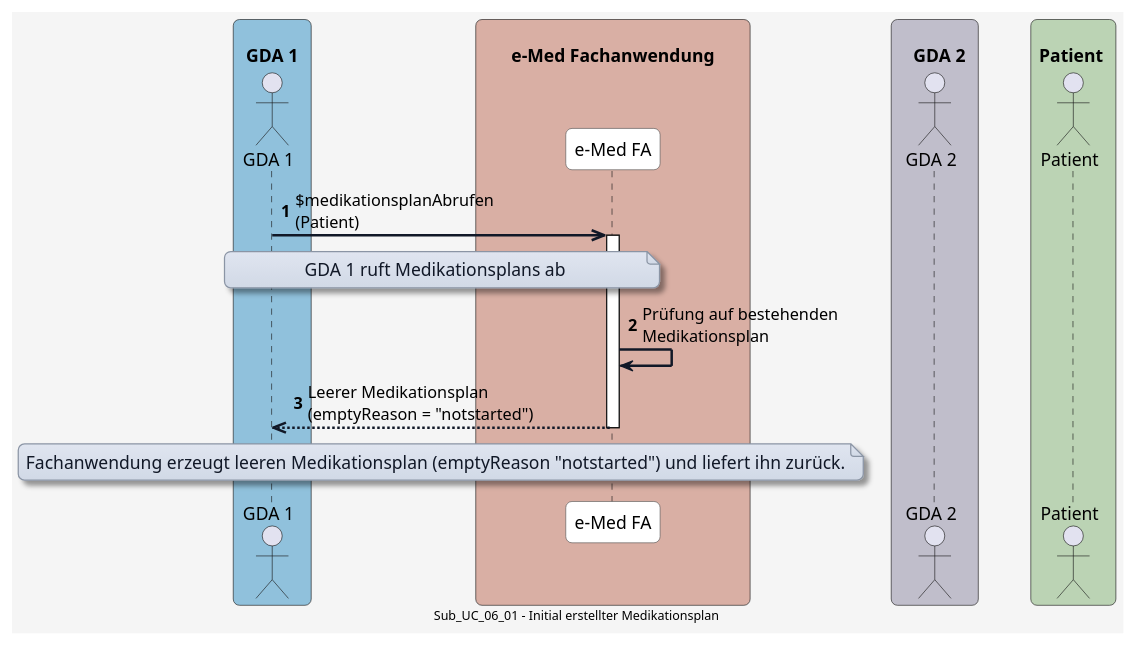
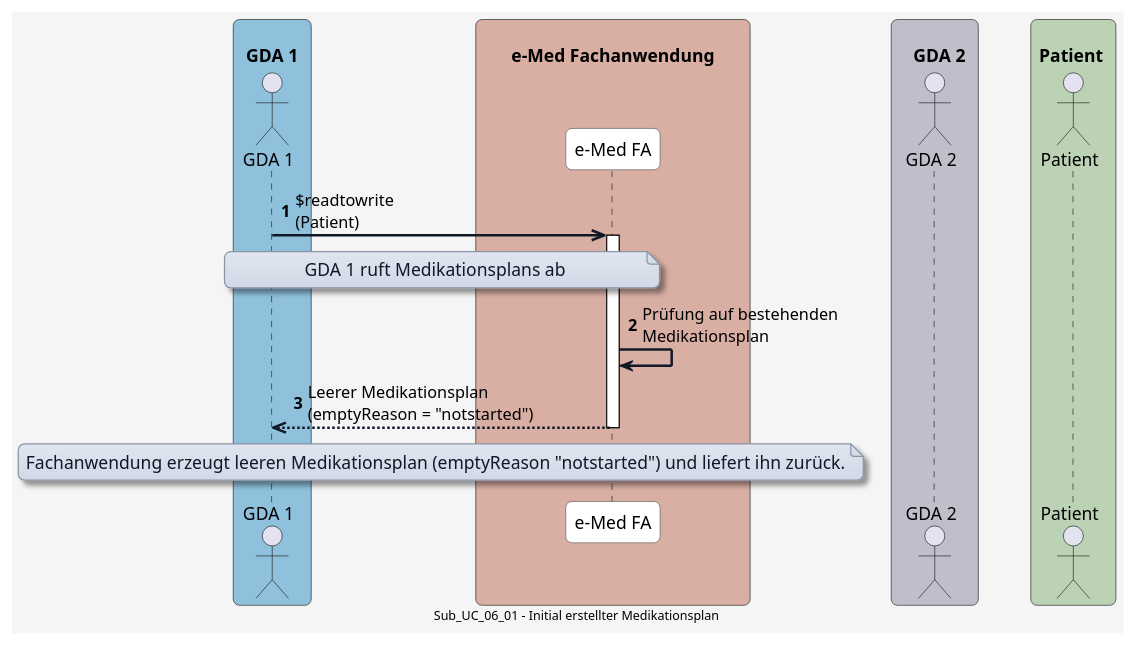
One commit to HL7Austria/ELGA-e-Medikation-R4 changed the diagram in input/images-source/UC_06_01.plantuml. Above: the diagram before and after it, drawn with PlantUML.

Commit message:
Update diagram

```diff
--- a/input/images-source/UC_06_01.plantuml
+++ b/input/images-source/UC_06_01.plantuml
@@ -1,79 +1,79 @@
 @startuml
 skinparam borderColor #000000
 skinparam backgroundColor #f5f5f5
 skinparam shadowing false
 skinparam roundCorner 10
 skinparam defaultFontName "Arial"
 skinparam defaultFontSize 14
 skinparam defaultFontColor #000000
 
 skinparam note {
   BackgroundColor #e0e5f0-#d1d9e6
   BorderColor #8b95a5
   BorderThickness 1
   RoundCorner 8
   Padding 6
   FontColor #111827
   Shadowing true
 }
 
 skinparam HyperlinkColor #0000EE
 skinparam HyperlinkUnderline false
 
 skinparam sequence {
   ParticipantBorderColor #555555
   ParticipantBackgroundColor #ffffff
   ParticipantFontColor #000000
   ParticipantFontSize 14
   ParticipantPadding 20
   ArrowColor #111827
   ArrowThickness 2
   ArrowFontColor #000000
   ArrowFontSize 13
   GroupBorderColor #111827
   GroupBackgroundColor #f3f4f6
   GroupBorderThickness 1
 }
 
 skinparam BoxPadding 20
 skinparam BoxBorderColor #555555
 
 box "\n  GDA 1  " #90C1DC
   actor GDA_1 as "GDA 1"
 end box
 
 box "\n       e-Med Fachanwendung       " #D9AFA4
   participant eMed_FA as "e-Med FA"
 end box
 
 box "\n    GDA 2  " #C0BECB
   actor GDA_2 as "GDA 2"
 end box
 
 box "\n Patient  " #BBD3B4
   actor Patient as "Patient"
 end box
 
 autonumber
 
 
-GDA_1 ->> eMed_FA: $medikationsplanAbrufen\n(Patient)
+GDA_1 ->> eMed_FA: $readtowrite\n(Patient)
 
 note over GDA_1, eMed_FA
 GDA 1 ruft Medikationsplans ab
 end note
 
 activate eMed_FA
 eMed_FA -> eMed_FA: Prüfung auf bestehenden\nMedikationsplan
 
 eMed_FA -->> GDA_1: Leerer Medikationsplan\n(emptyReason = "notstarted")
 
 deactivate eMed_FA
 
 note over GDA_1, eMed_FA
 Fachanwendung erzeugt leeren Medikationsplan (emptyReason "notstarted") und liefert ihn zurück.
 end note
 
 center footer Sub_UC_06_01 - Initial erstellter Medikationsplan
 
 @enduml
```
